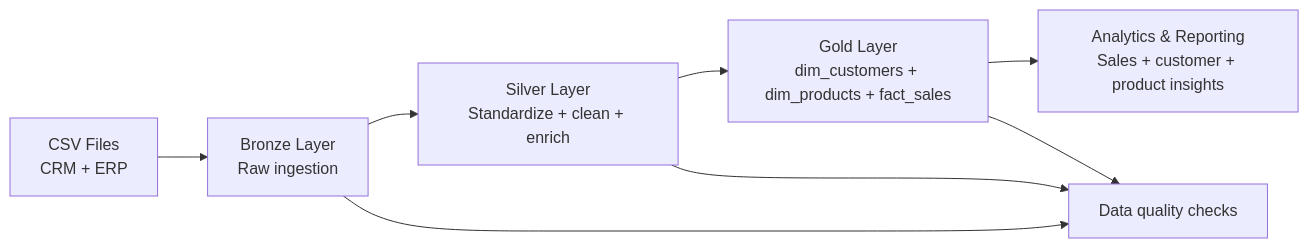
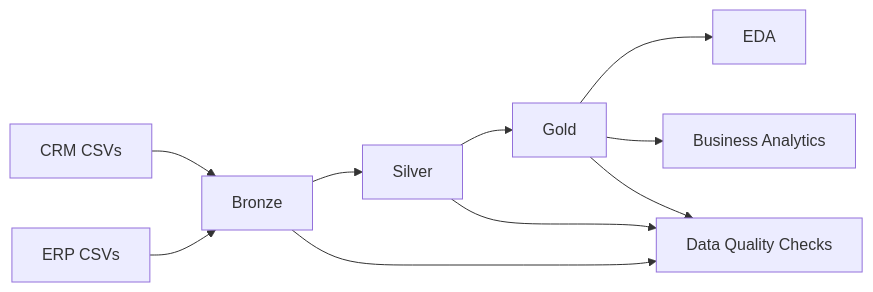
Before and after one commit to abhishekkp00/Sql-Data-WareHouse: the diagram in README.md, drawn with Mermaid. The commit also changed other lines of this file and 45 other files, not shown here.

Commit message:
Refactor repository structure and separate EDA and analytics

````diff
--- a/README.md
+++ b/README.md
@@ -39,11 +15,12 @@
 ```mermaid
 flowchart LR
-    A[CSV Files<br/>CRM + ERP] --> B[Bronze Layer<br/>Raw ingestion]
-    B --> C[Silver Layer<br/>Standardize + clean + enrich]
-    C --> D[Gold Layer<br/>dim_customers + dim_products + fact_sales]
-    D --> E[Analytics & Reporting<br/>Sales + customer + product insights]
-
-    B --> F[Data quality checks]
-    C --> F
-    D --> F
+    A[CRM CSVs] --> B[Bronze]
+    X[ERP CSVs] --> B
+    B --> C[Silver]
+    C --> D[Gold]
+    D --> E[EDA]
+    D --> F[Business Analytics]
+    B --> Q[Data Quality Checks]
+    C --> Q
+    D --> Q
 ```
````
